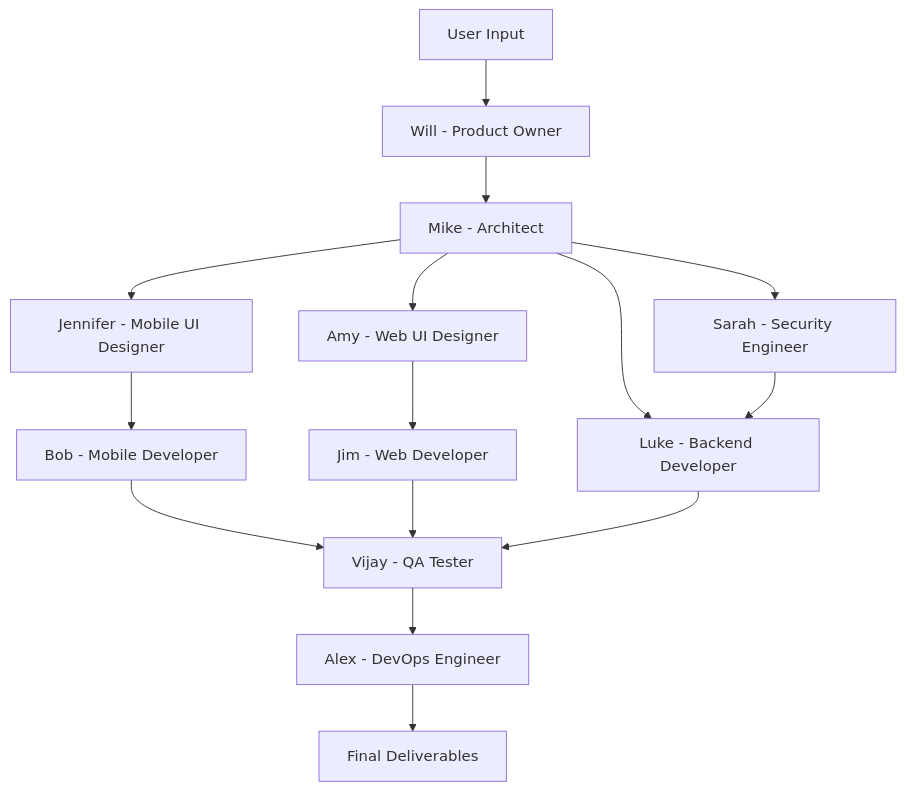
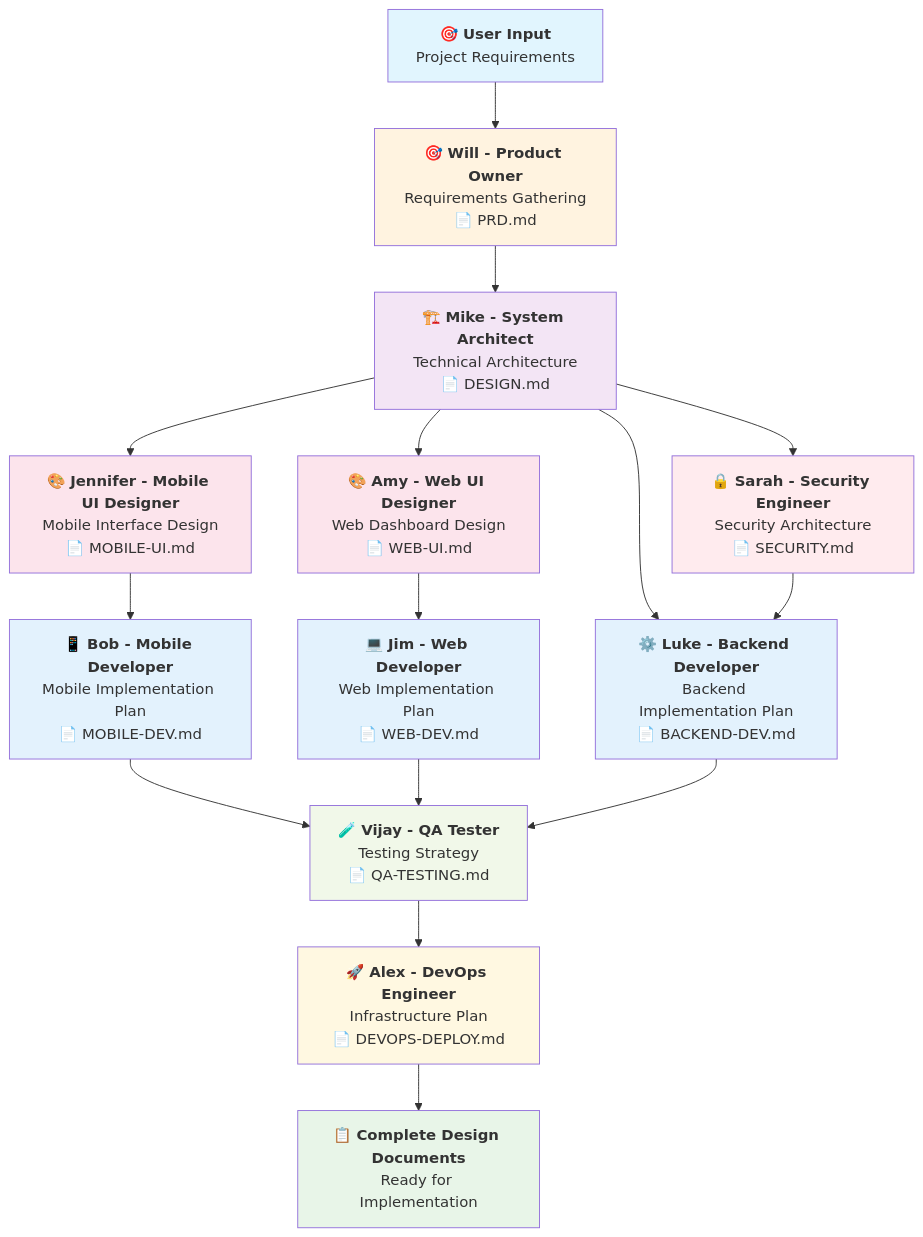
Before and after one commit to MikeQin/ai-agent-team: the first of 2 diagrams in README.md, drawn with Mermaid. The commit also changed other lines of this file and 58 other files, not shown here.

First line of the commit message:
feat: Complete AI Agent Team framework with two-phase architecture and CLI flags

````diff
--- a/README.md
+++ b/README.md
@@ -20,17 +60,64 @@
 ```mermaid
 graph TD
-    A[User Input] --> B[Will - Product Owner]
-    B --> C[Mike - Architect]
-    C --> D[Jennifer - Mobile UI Designer]
-    C --> E[Amy - Web UI Designer]
-    C --> K[Sarah - Security Engineer]
-    D --> F[Bob - Mobile Developer]
-    E --> G[Jim - Web Developer]
-    C --> H[Luke - Backend Developer]
+    A["`🎯 **User Input**
+    Project Requirements`"] --> B["`🎯 **Will - Product Owner**
+    Requirements Gathering
+    📄 PRD.md`"]
+    
+    B --> C["`🏗️ **Mike - System Architect**
+    Technical Architecture
+    📄 DESIGN.md`"]
+    
+    C --> D["`🎨 **Jennifer - Mobile UI Designer**
+    Mobile Interface Design
+    📄 MOBILE-UI.md`"]
+    
+    C --> E["`🎨 **Amy - Web UI Designer**
+    Web Dashboard Design
+    📄 WEB-UI.md`"]
+    
+    C --> K["`🔒 **Sarah - Security Engineer**
+    Security Architecture
+    📄 SECURITY.md`"]
+    
+    D --> F["`📱 **Bob - Mobile Developer**
+    Mobile Implementation Plan
+    📄 MOBILE-DEV.md`"]
+    
+    E --> G["`💻 **Jim - Web Developer**
+    Web Implementation Plan
+    📄 WEB-DEV.md`"]
+    
+    C --> H["`⚙️ **Luke - Backend Developer**
+    Backend Implementation Plan
+    📄 BACKEND-DEV.md`"]
+    
     K --> H
-    F --> I[Vijay - QA Tester]
+    
+    F --> I["`🧪 **Vijay - QA Tester**
+    Testing Strategy
+    📄 QA-TESTING.md`"]
+    
     G --> I
     H --> I
-    I --> L[Alex - DevOps Engineer]
-    L --> J[Final Deliverables]
+    
+    I --> L["`🚀 **Alex - DevOps Engineer**
+    Infrastructure Plan
+    📄 DEVOPS-DEPLOY.md`"]
+    
+    L --> M["`📋 **Complete Design Documents**
+    Ready for Implementation`"]
+    
+    style A fill:#e1f5fe
+    style M fill:#e8f5e8
+    style B fill:#fff3e0
+    style C fill:#f3e5f5
+    style D fill:#fce4ec
+    style E fill:#fce4ec
+    style K fill:#ffebee
+    style F fill:#e3f2fd
+    style G fill:#e3f2fd
+    style H fill:#e3f2fd
+    style I fill:#f1f8e9
+    style L fill:#fff8e1
 ```
````
